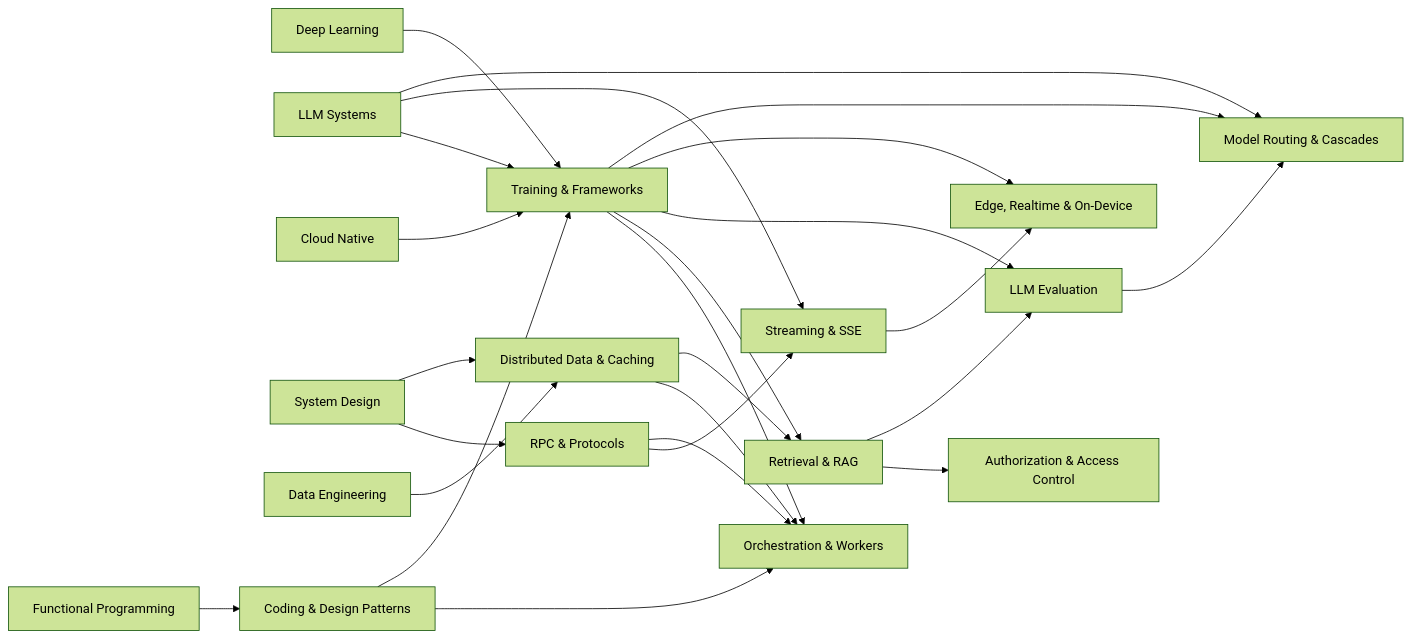
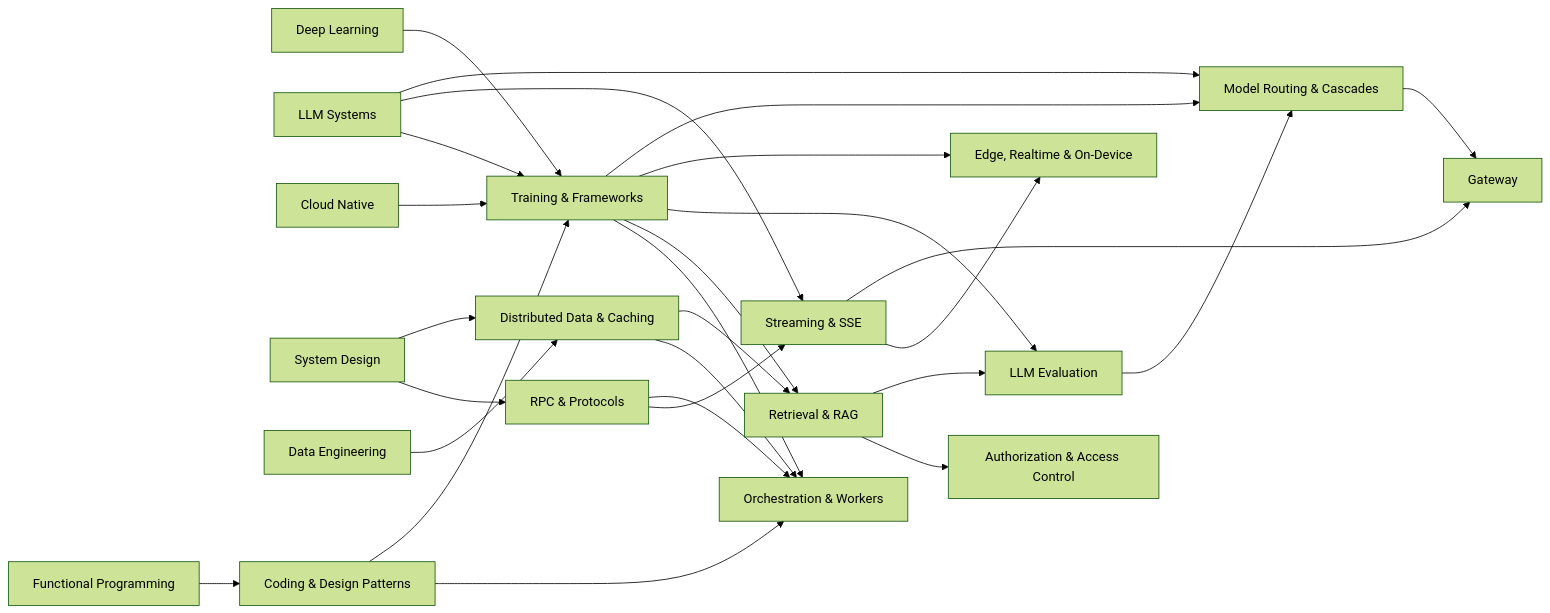
Before and after one commit to urmzd/supersource: the diagram in ai-platform-engineering/README.md, drawn with Mermaid (forest theme). The commit also changed other lines of this file and 465 other files, not shown here.

````diff
--- a/ai-platform-engineering/README.md
+++ b/ai-platform-engineering/README.md
@@ -11,27 +11,29 @@
 ```mermaid
 graph LR
     DL[Deep Learning] --> TF[Training & Frameworks]
     LLM[LLM Systems] --> TF
     CN[Cloud Native] --> TF
     SD[System Design] --> RPC[RPC & Protocols]
     RPC --> SSE[Streaming & SSE]
     LLM --> SSE
     SD --> DDC[Distributed Data & Caching]
     DE[Data Engineering] --> DDC
     DDC --> ORC[Orchestration & Workers]
     TF --> ORC
     RPC --> ORC
     FP[Functional Programming] --> CDP[Coding & Design Patterns]
     CDP --> ORC
     CDP --> TF
     TF --> RAG[Retrieval & RAG]
     DDC --> RAG
     RAG --> AUTH[Authorization & Access Control]
     TF --> EVAL[LLM Evaluation]
     RAG --> EVAL
     TF --> EDGE[Edge, Realtime & On-Device]
     SSE --> EDGE
     EVAL --> ROUTE[Model Routing & Cascades]
     TF --> ROUTE
     LLM --> ROUTE
+    SSE --> GWY[Gateway]
+    ROUTE --> GWY
 ```
````
